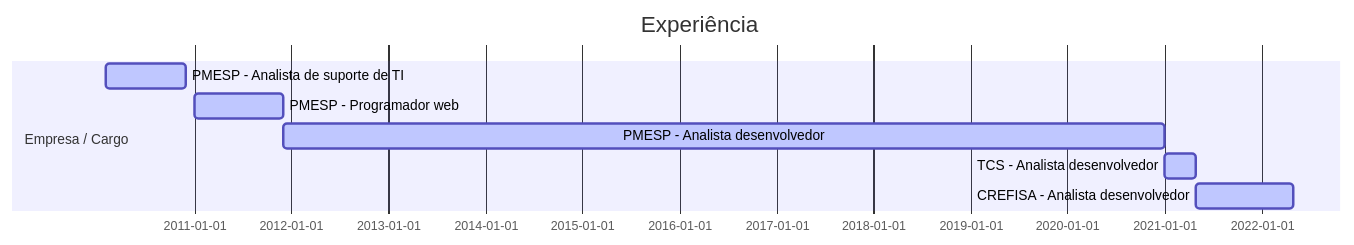
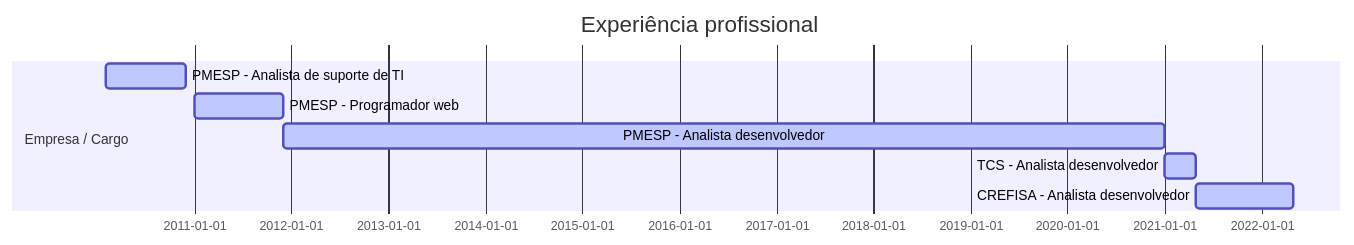
Before and after one commit to pauloferreira000/pauloferreira000: the diagram in README.md, drawn with Mermaid. The commit also changed other lines of this file, not shown here.

````diff
--- a/README.md
+++ b/README.md
@@ -31,13 +33,13 @@
 ```mermaid
 
 gantt
 dateFormat  YYYY-MM-DD
-title Experiência
+title Experiência profissional
 section Empresa / Cargo
 PMESP - Analista de suporte de TI  :active,, 2010-02-01,2010-12-01
 PMESP - Programador web            :active,, 2011-01-01,2011-12-01
 PMESP - Analista desenvolvedor     :active,, 2011-12-01,2021-01-01
 TCS - Analista desenvolvedor       :active,, 2021-01-01,2021-05-01
 CREFISA - Analista desenvolvedor   :active,, 2021-05-01,2022-05-01
 
 ```
````
